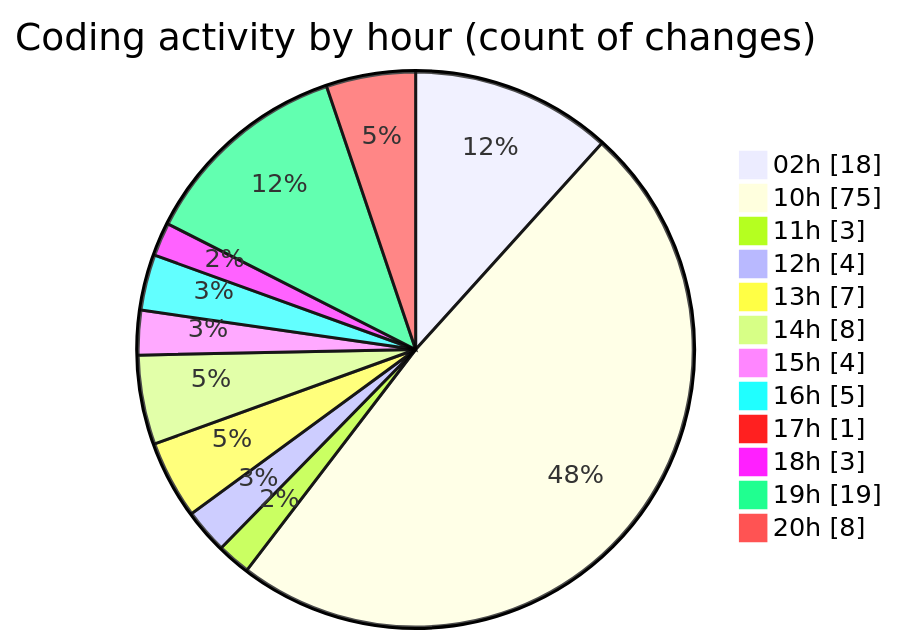
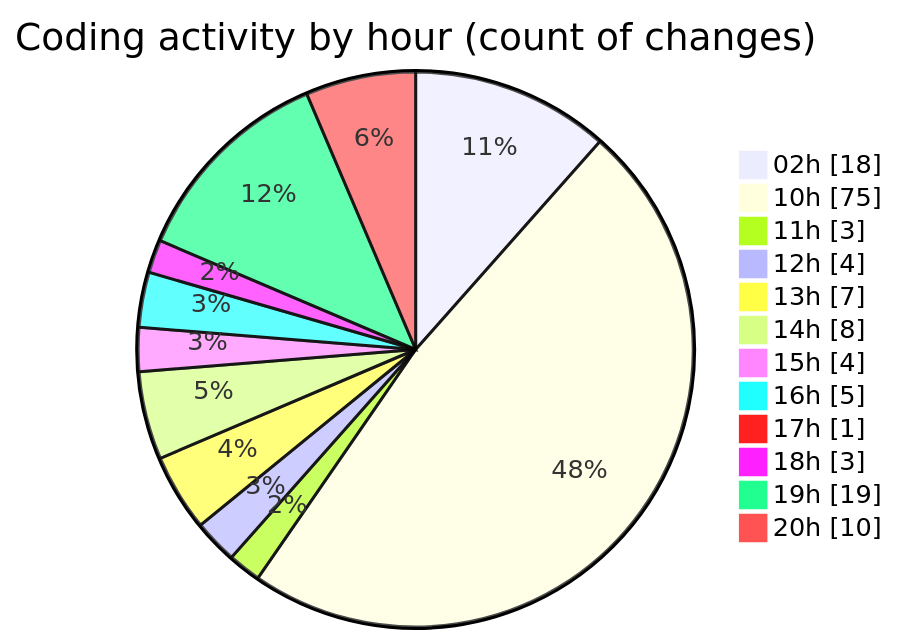
The second of 2 diagrams in 2026-07-08/twenty_versions_aminor/README.md (shibass792/code-tracking), drawn with Mermaid before and after one commit. The commit also changed other lines of this file and 1 other file, not shown here.

````diff
--- a/2026-07-08/twenty_versions_aminor/README.md
+++ b/2026-07-08/twenty_versions_aminor/README.md
@@ -53,16 +54,16 @@
 ```mermaid
 pie showData
 title Coding activity by hour (count of changes)
 "02h" : 18
 "10h" : 75
 "11h" : 3
 "12h" : 4
 "13h" : 7
 "14h" : 8
 "15h" : 4
 "16h" : 5
 "17h" : 1
 "18h" : 3
 "19h" : 19
-"20h" : 8
+"20h" : 10
 ```
````
